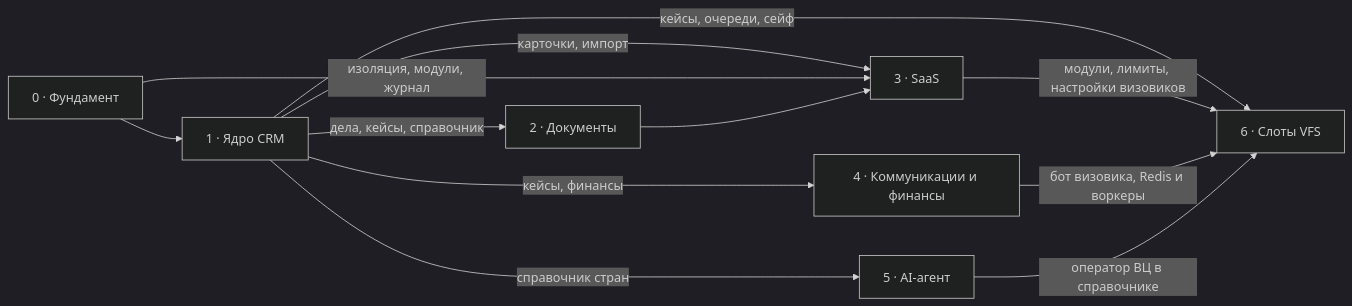
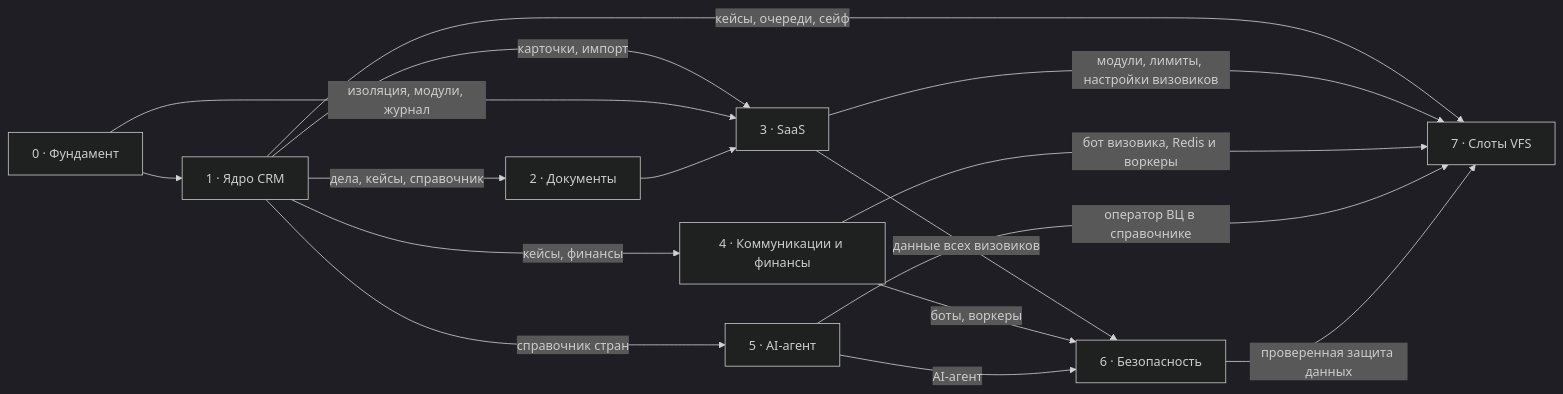
Before and after one commit to SvamiBog/visa_crm: the second of 2 diagrams in docs/roadmap.md, drawn with Mermaid (dark theme). The commit also changed other lines of this file and 4 other files, not shown here.

````diff
--- a/docs/roadmap.md
+++ b/docs/roadmap.md
@@ -55,14 +57,18 @@
 ```mermaid
 flowchart LR
   E0["0 · Фундамент"] --> E1["1 · Ядро CRM"]
   E1 -->|"дела, кейсы, справочник"| E2["2 · Документы"]
   E1 -->|"карточки, импорт"| E3["3 · SaaS"]
   E0 -->|"изоляция, модули, журнал"| E3
   E2 --> E3
   E1 -->|"кейсы, финансы"| E4["4 · Коммуникации и финансы"]
   E1 -->|"справочник стран"| E5["5 · AI-агент"]
-  E1 -->|"кейсы, очереди, сейф"| E6["6 · Слоты VFS"]
-  E3 -->|"модули, лимиты, настройки визовиков"| E6
-  E4 -->|"бот визовика, Redis и воркеры"| E6
-  E5 -->|"оператор ВЦ в справочнике"| E6
+  E1 -->|"кейсы, очереди, сейф"| E7["7 · Слоты VFS"]
+  E3 -->|"модули, лимиты, настройки визовиков"| E7
+  E4 -->|"бот визовика, Redis и воркеры"| E7
+  E5 -->|"оператор ВЦ в справочнике"| E7
+  E3 -->|"данные всех визовиков"| E6["6 · Безопасность"]
+  E4 -->|"боты, воркеры"| E6
+  E5 -->|"AI-агент"| E6
+  E6 -->|"проверенная защита данных"| E7
 ```
````
